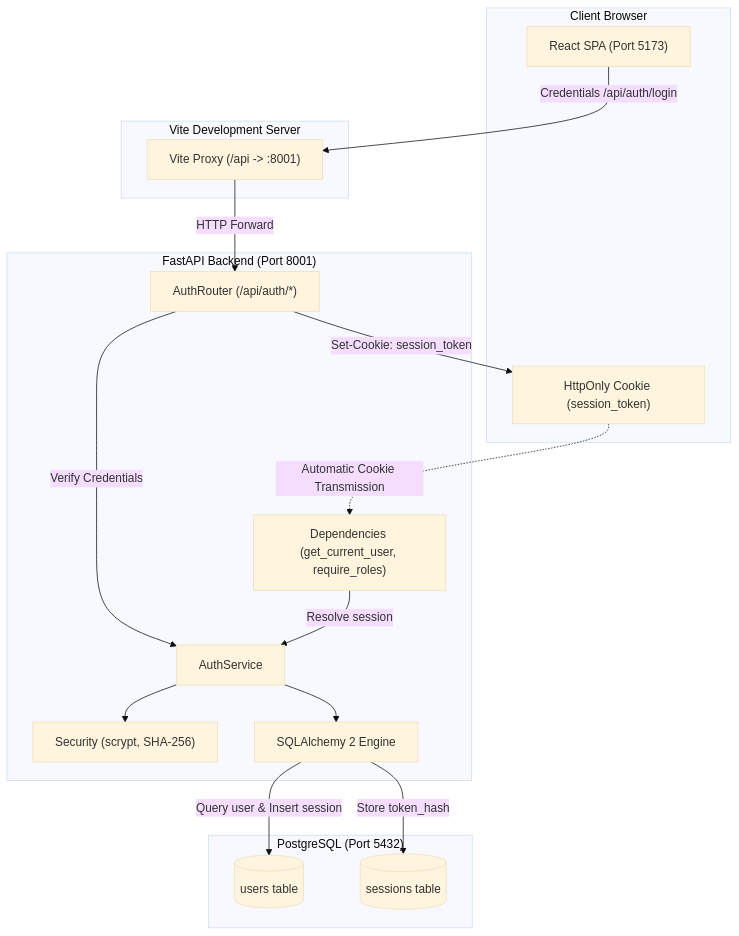
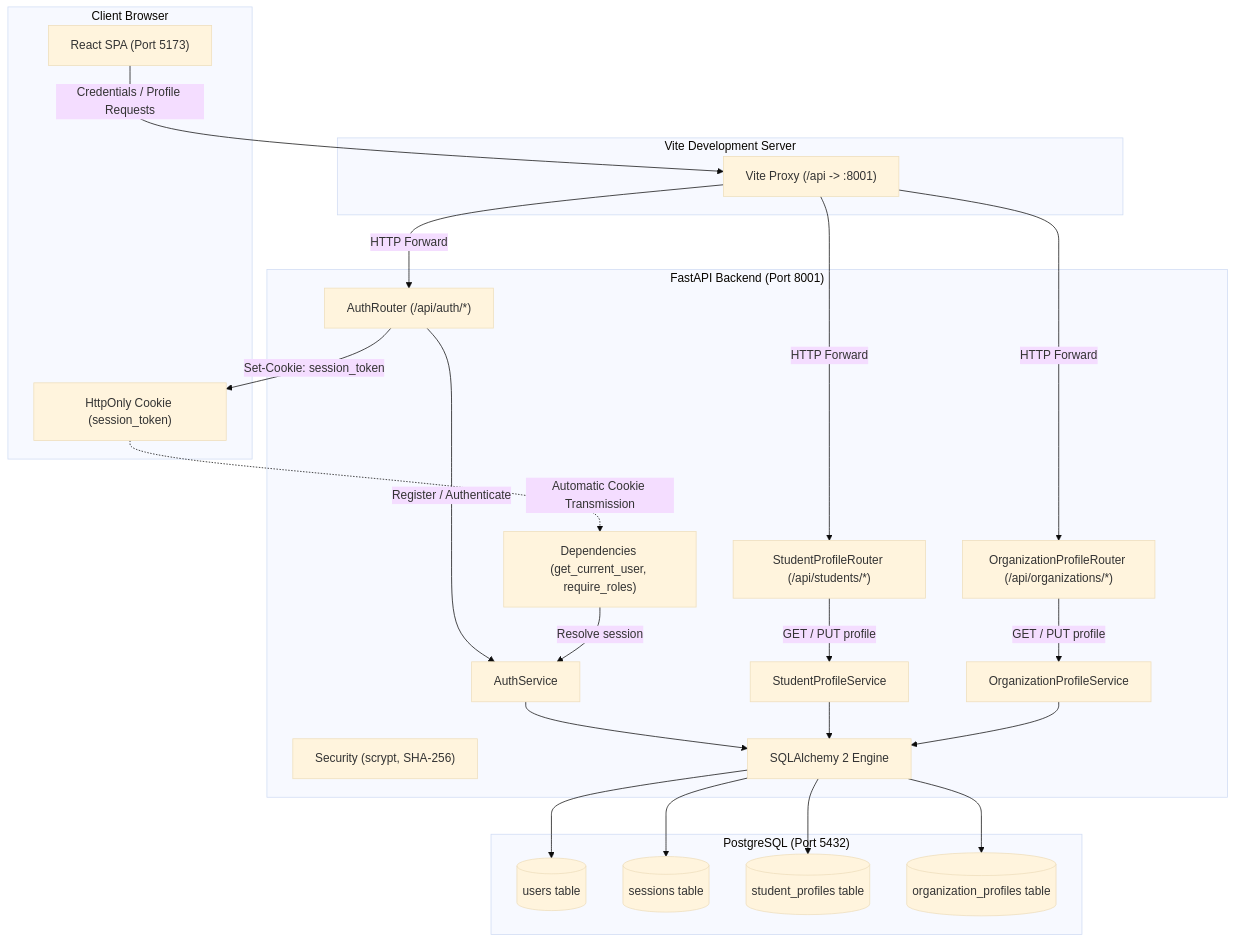
One commit to adexo-77/university-internship-platform changed the diagram in docs/architecture.md. Above: the diagram before and after it, drawn with Mermaid (base theme). The commit also changed other lines of this file and 2 other files, not shown here.

Commit message:
docs: update database, architecture, and readme documentation for phase 2

````diff
--- a/docs/architecture.md
+++ b/docs/architecture.md
@@ -9,35 +15,41 @@
 ```mermaid
 flowchart TD
     subgraph Browser ["Client Browser"]
         SPA["React SPA (Port 5173)"]
         CookieStorage["HttpOnly Cookie (session_token)"]
     end
 
     subgraph ViteServer ["Vite Development Server"]
         Proxy["Vite Proxy (/api -> :8001)"]
     end
 
     subgraph BackendApp ["FastAPI Backend (Port 8001)"]
         AuthRouter["AuthRouter (/api/auth/*)"]
+        StudentRouter["StudentProfileRouter (/api/students/*)"]
+        OrgRouter["OrganizationProfileRouter (/api/organizations/*)"]
         Deps["Dependencies (get_current_user, require_roles)"]
         AuthService["AuthService"]
+        StudentService["StudentProfileService"]
+        OrgService["OrganizationProfileService"]
         Security["Security (scrypt, SHA-256)"]
         DBEngine["SQLAlchemy 2 Engine"]
     end
 
     subgraph Database ["PostgreSQL (Port 5432)"]
         UsersTable[("users table")]
         SessionsTable[("sessions table")]
+        StudentProfilesTable[("student_profiles table")]
+        OrgProfilesTable[("organization_profiles table")]
     end
 
-    SPA -->|"Credentials /api/auth/login"| Proxy
-    Proxy -->|"HTTP Forward"| AuthRouter
-    AuthRouter -->|"Verify Credentials"| AuthService
-    AuthService --> Security
-    AuthService --> DBEngine
-    DBEngine -->|"Query user & Insert session"| UsersTable
-    DBEngine -->|"Store token_hash"| SessionsTable
+    SPA -->|"Credentials / Profile Requests"| Proxy
+    Proxy -->|"HTTP Forward"| AuthRouter & StudentRouter & OrgRouter
+    AuthRouter -->|"Register / Authenticate"| AuthService
+    StudentRouter -->|"GET / PUT profile"| StudentService
+    OrgRouter -->|"GET / PUT profile"| OrgService
+    AuthService & StudentService & OrgService --> DBEngine
+    DBEngine --> UsersTable & SessionsTable & StudentProfilesTable & OrgProfilesTable
     AuthRouter -->|"Set-Cookie: session_token"| CookieStorage
     CookieStorage -.->|"Automatic Cookie Transmission"| Deps
     Deps -->|"Resolve session"| AuthService
 ```
````
